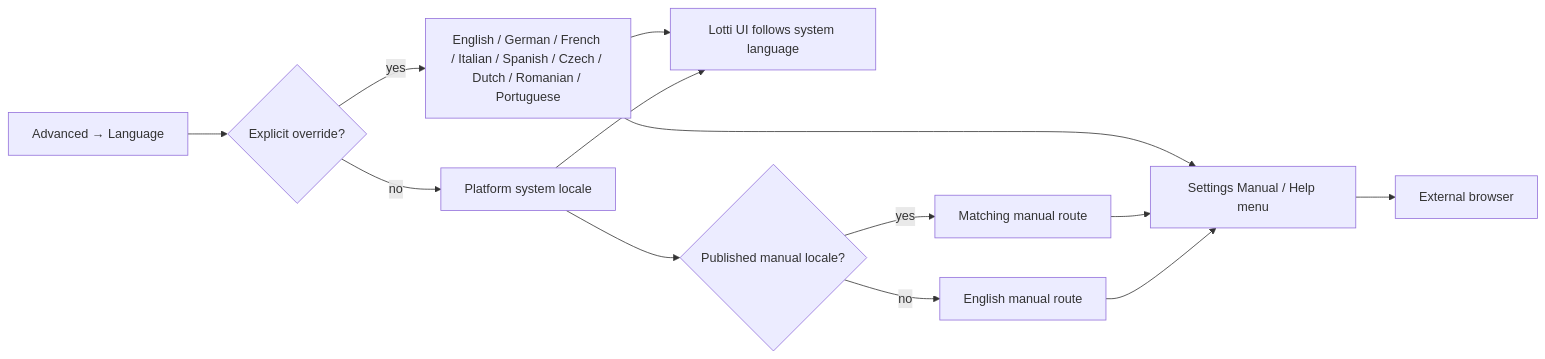
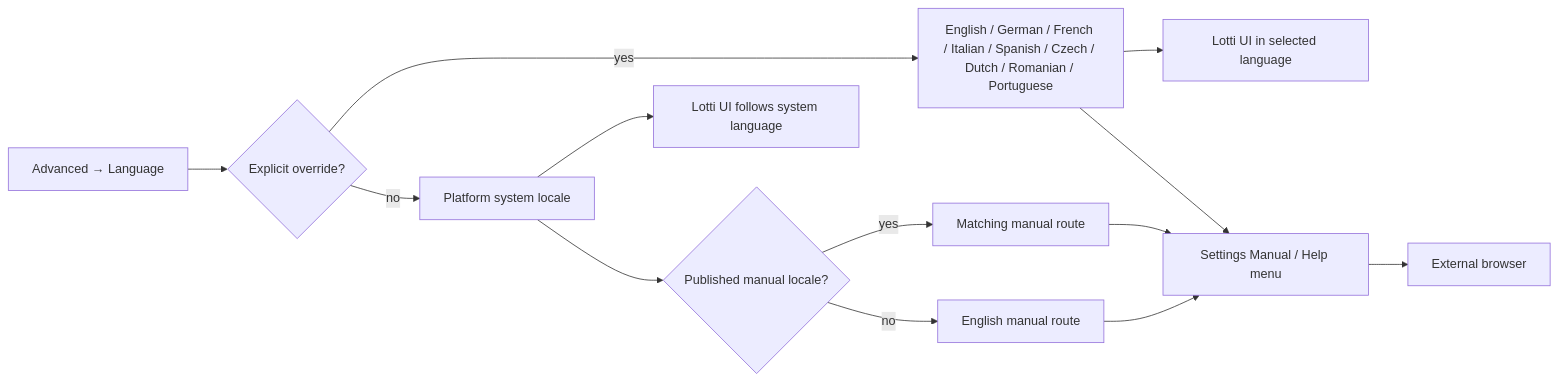
One commit to matthiasn/lotti changed the seventh of 8 diagrams in lib/features/settings/README.md. Above: the diagram before and after it, drawn with Mermaid. The commit also changed 7 other files, not shown here.

Commit message:
fix: hydrate app language before routing

````diff
--- a/lib/features/settings/README.md
+++ b/lib/features/settings/README.md
@@ -595,15 +595,15 @@
 ```mermaid
 flowchart LR
   Choice["Advanced → Language"] --> Preference{"Explicit override?"}
   Preference -->|yes| Override["English / German / French / Italian / Spanish / Czech / Dutch / Romanian / Portuguese"]
   Preference -->|no| System["Platform system locale"]
-  Override --> AppUi["Lotti UI in selected language"]
-  System --> AppUi["Lotti UI follows system language"]
+  Override --> OverrideAppUi["Lotti UI in selected language"]
+  System --> SystemAppUi["Lotti UI follows system language"]
   System --> Catalog{"Published manual locale?"}
   Catalog -->|yes| Matched["Matching manual route"]
   Catalog -->|no| English["English manual route"]
   Override --> ManualLink["Settings Manual / Help menu"]
   Matched --> ManualLink
   English --> ManualLink
   ManualLink --> Browser["External browser"]
 ```
````
